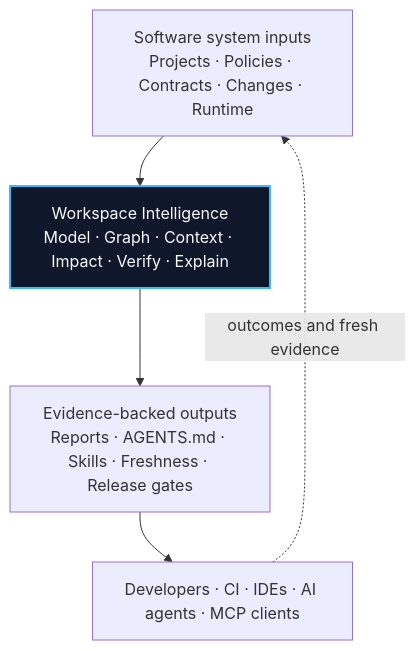
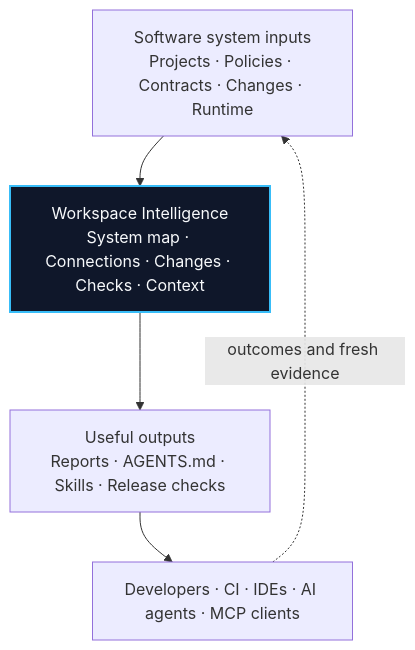
One commit to workspai/WorkspAi changed the diagram in README.md. Above: the diagram before and after it, drawn with Mermaid. The commit also changed other lines of this file, not shown here.

````diff
--- a/README.md
+++ b/README.md
@@ -23,13 +25,13 @@
 ```mermaid
 flowchart TB
     INPUTS["Software system inputs<br/>Projects · Policies · Contracts · Changes · Runtime"]
-    INTELLIGENCE["Workspace Intelligence<br/>Model · Graph · Context · Impact · Verify · Explain"]
-    OUTPUTS["Evidence-backed outputs<br/>Reports · AGENTS.md · Skills · Freshness · Release gates"]
+    INTELLIGENCE["Workspace Intelligence<br/>System map · Connections · Changes · Checks · Context"]
+    OUTPUTS["Useful outputs<br/>Reports · AGENTS.md · Skills · Release checks"]
     CONSUMERS["Developers · CI · IDEs · AI agents · MCP clients"]
 
     INPUTS --> INTELLIGENCE --> OUTPUTS --> CONSUMERS
     CONSUMERS -. outcomes and fresh evidence .-> INPUTS
 
     classDef core fill:#0f172a,color:#f8fafc,stroke:#38bdf8,stroke-width:2px;
     class INTELLIGENCE core;
 ```
````
